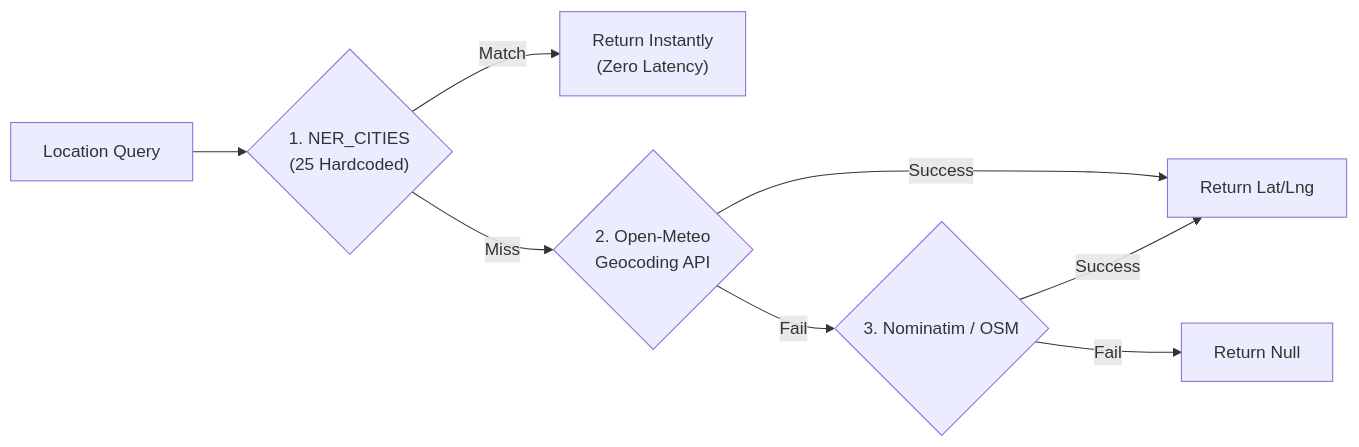
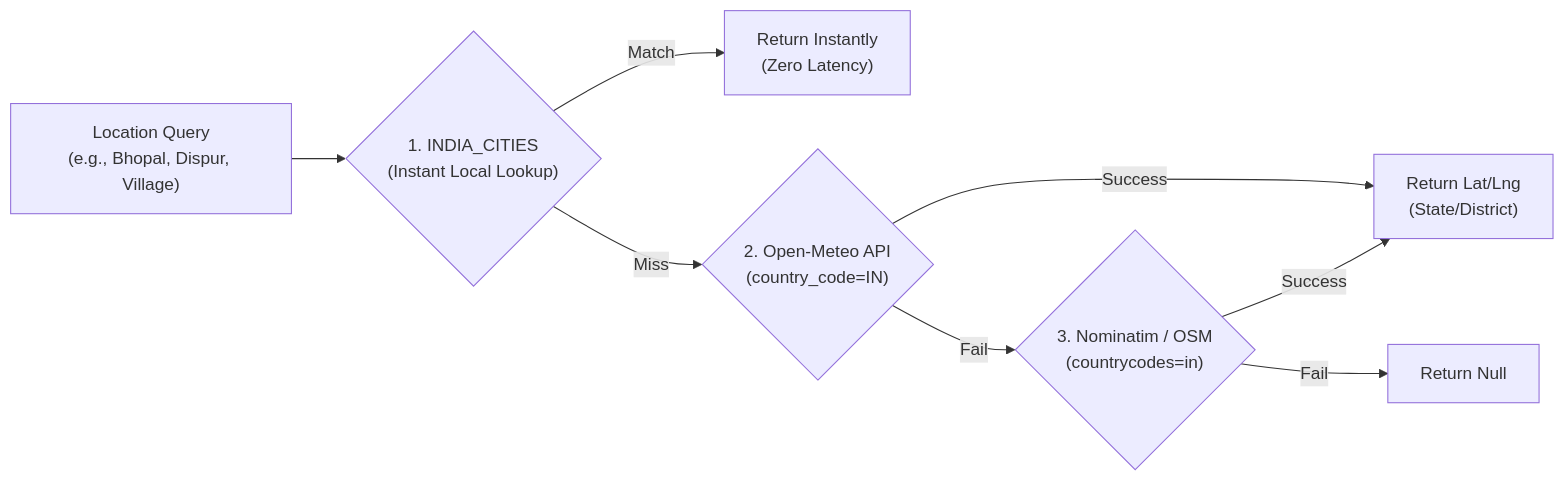
The third of 8 diagrams in README.md (omcodes16/make-to-win), drawn with Mermaid before and after one commit. The commit also changed other lines of this file and 24 other files, not shown here.

Commit message:
feat: Pan-India location search, streamlined category onboarding, live compass & user guide

````diff
--- a/README.md
+++ b/README.md
@@ -147,10 +147,10 @@
 ```mermaid
 flowchart LR
-    A["Location Query"] --> B{"1. NER_CITIES\n(25 Hardcoded)"}
+    A["Location Query\n(e.g., Bhopal, Dispur, Village)"] --> B{"1. INDIA_CITIES\n(Instant Local Lookup)"}
     B -- Match --> C["Return Instantly\n(Zero Latency)"]
-    B -- Miss --> D{"2. Open-Meteo\nGeocoding API"}
-    D -- Success --> E["Return Lat/Lng"]
-    D -- Fail --> F{"3. Nominatim / OSM"}
+    B -- Miss --> D{"2. Open-Meteo API\n(country_code=IN)"}
+    D -- Success --> E["Return Lat/Lng\n(State/District)"]
+    D -- Fail --> F{"3. Nominatim / OSM\n(countrycodes=in)"}
     F -- Success --> E
     F -- Fail --> G["Return Null"]
 ```
````
